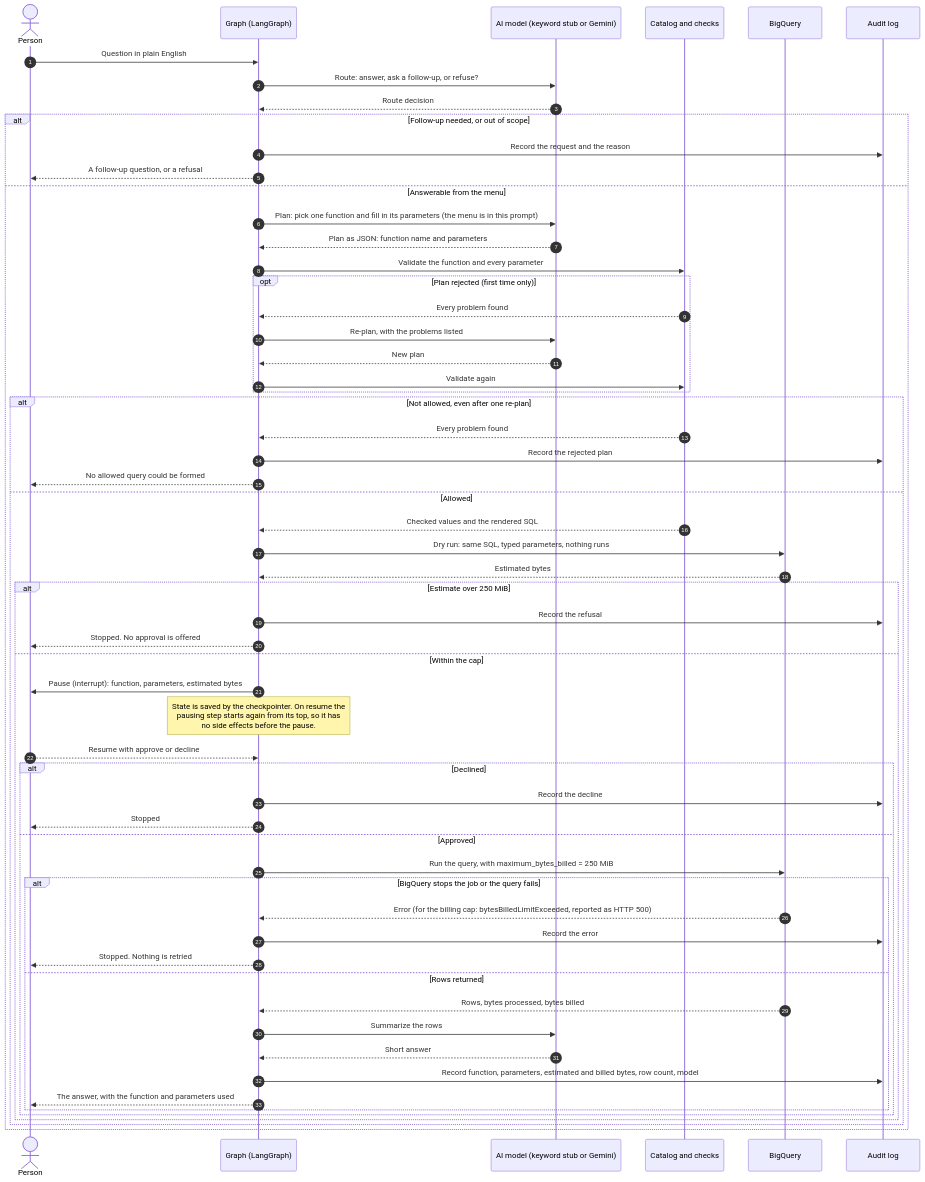
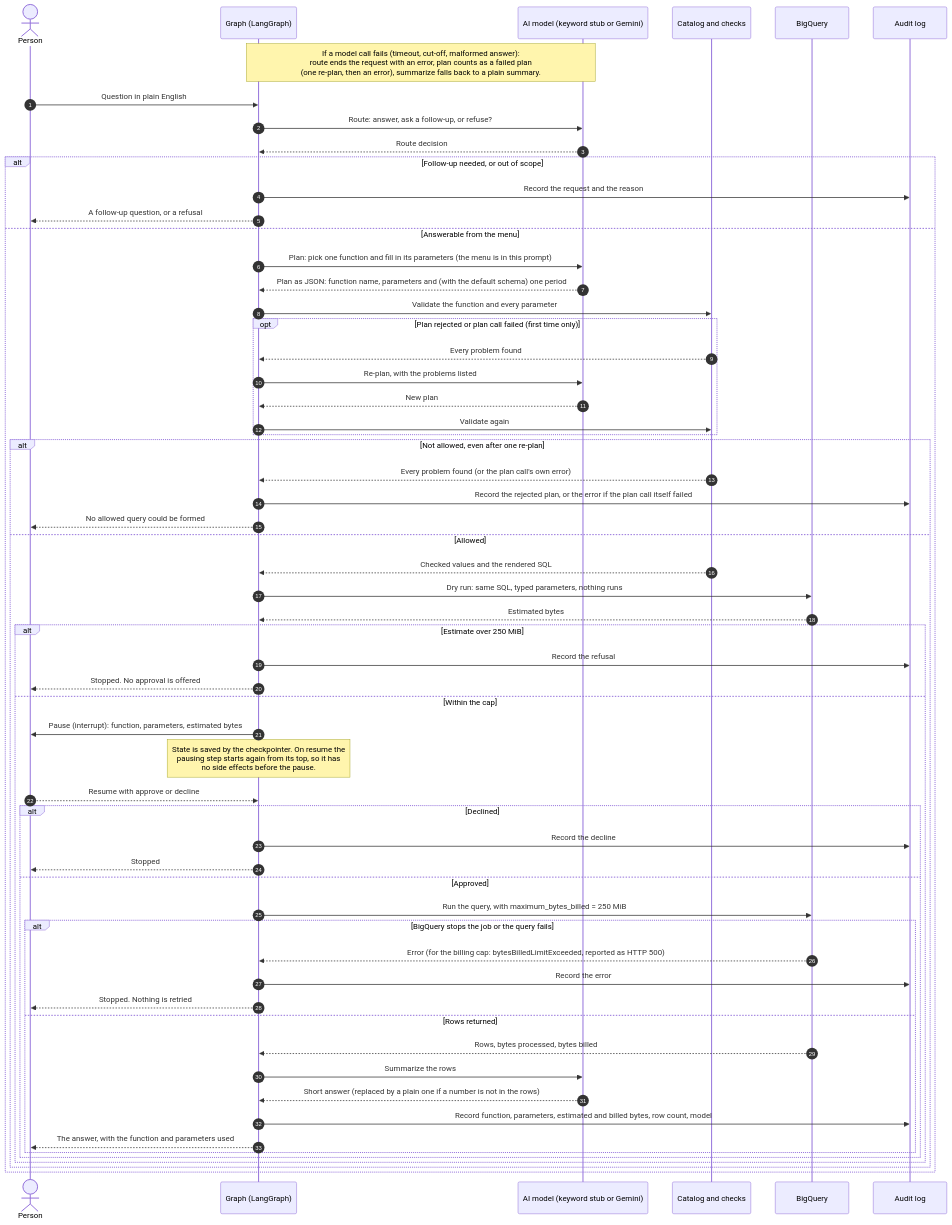
The second of 3 diagrams in README.md (sandeepkesarkar/bq-query-agent), drawn with Mermaid before and after one commit. The commit also changed other lines of this file and 1 other file, not shown here.

````diff
--- a/README.md
+++ b/README.md
@@ -96,67 +98,68 @@
 ```mermaid
 sequenceDiagram
     autonumber
     actor P as Person
     participant G as Graph (LangGraph)
     participant M as AI model (keyword stub or Gemini)
     participant C as Catalog and checks
     participant B as BigQuery
     participant L as Audit log
 
+    Note over G,M: If a model call fails (timeout, cut-off, malformed answer):<br/>route ends the request with an error, plan counts as a failed plan<br/>(one re-plan, then an error), summarize falls back to a plain summary.
     P->>G: Question in plain English
     G->>M: Route: answer, ask a follow-up, or refuse?
     M-->>G: Route decision
 
     alt Follow-up needed, or out of scope
         G->>L: Record the request and the reason
         G-->>P: A follow-up question, or a refusal
     else Answerable from the menu
         G->>M: Plan: pick one function and fill in its parameters (the menu is in this prompt)
-        M-->>G: Plan as JSON: function name and parameters
+        M-->>G: Plan as JSON: function name, parameters and (with the default schema) one period
 
         G->>C: Validate the function and every parameter
-        opt Plan rejected (first time only)
+        opt Plan rejected or plan call failed (first time only)
             C-->>G: Every problem found
             G->>M: Re-plan, with the problems listed
             M-->>G: New plan
             G->>C: Validate again
         end
 
         alt Not allowed, even after one re-plan
-            C-->>G: Every problem found
-            G->>L: Record the rejected plan
+            C-->>G: Every problem found (or the plan call's own error)
+            G->>L: Record the rejected plan, or the error if the plan call itself failed
             G-->>P: No allowed query could be formed
         else Allowed
             C-->>G: Checked values and the rendered SQL
             G->>B: Dry run: same SQL, typed parameters, nothing runs
             B-->>G: Estimated bytes
 
             alt Estimate over 250 MiB
                 G->>L: Record the refusal
                 G-->>P: Stopped. No approval is offered
             else Within the cap
                 G->>P: Pause (interrupt): function, parameters, estimated bytes
                 Note over G: State is saved by the checkpointer. On resume the<br/>pausing step starts again from its top, so it has<br/>no side effects before the pause.
                 P-->>G: Resume with approve or decline
 
                 alt Declined
                     G->>L: Record the decline
                     G-->>P: Stopped
                 else Approved
                     G->>B: Run the query, with maximum_bytes_billed = 250 MiB
                     alt BigQuery stops the job or the query fails
                         B-->>G: Error (for the billing cap: bytesBilledLimitExceeded, reported as HTTP 500)
                         G->>L: Record the error
                         G-->>P: Stopped. Nothing is retried
                     else Rows returned
                         B-->>G: Rows, bytes processed, bytes billed
                         G->>M: Summarize the rows
-                        M-->>G: Short answer
+                        M-->>G: Short answer (replaced by a plain one if a number is not in the rows)
                         G->>L: Record function, parameters, estimated and billed bytes, row count, model
                         G-->>P: The answer, with the function and parameters used
                     end
                 end
             end
         end
     end
 ```
````
